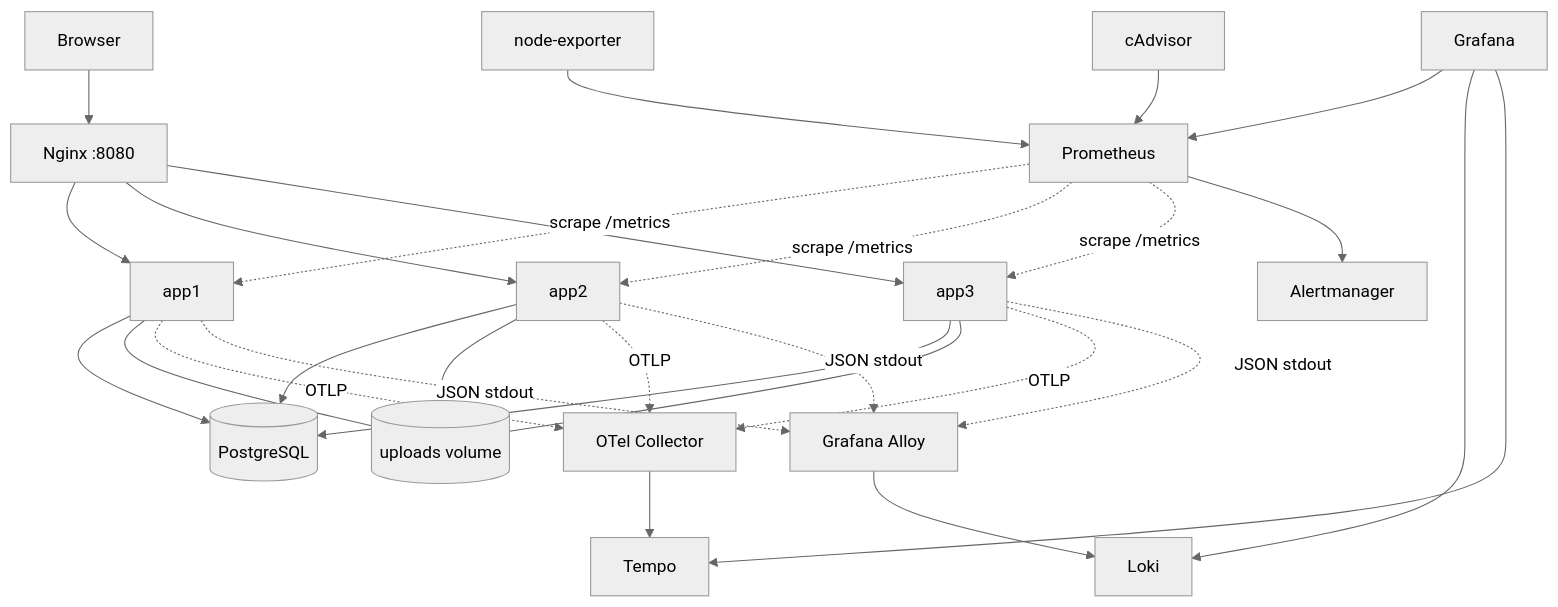
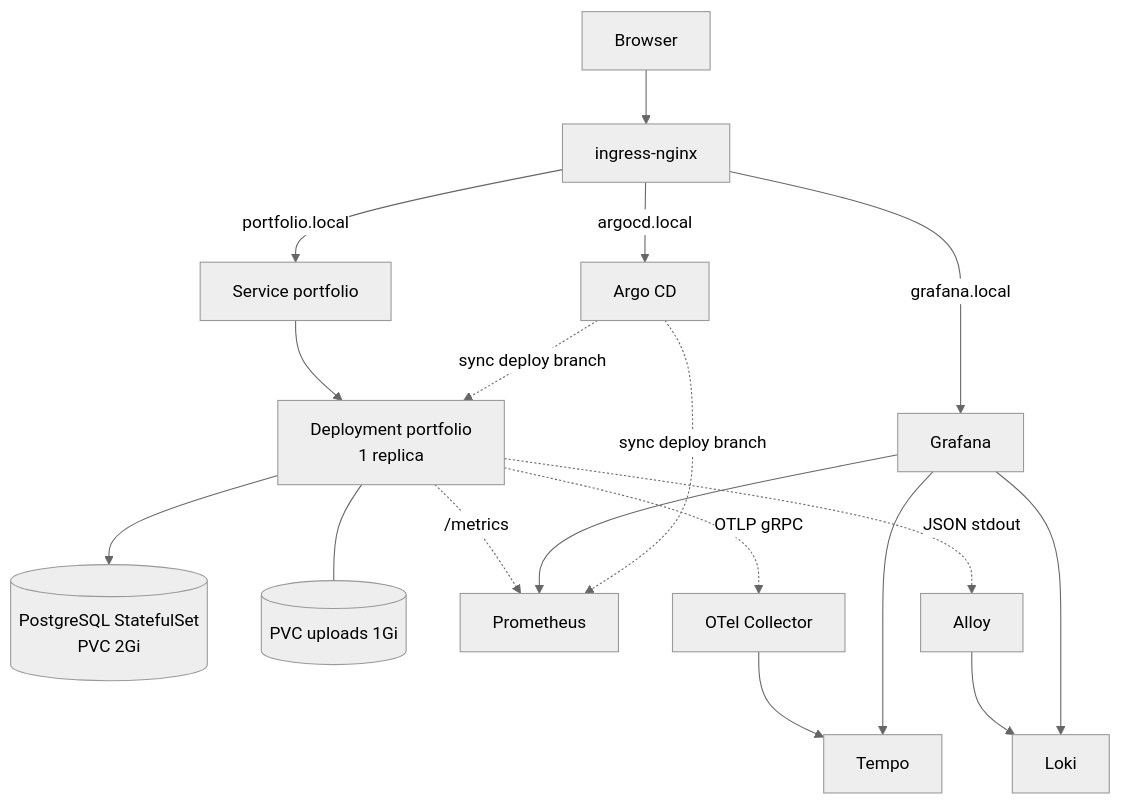
Before and after one commit to zetasuna/portfolio: the first of 2 diagrams in readme.md, drawn with Mermaid (neutral theme). The commit also changed other lines of this file, not shown here.

````diff
--- a/readme.md
+++ b/readme.md
@@ -25,30 +143,23 @@
 ```mermaid
 flowchart TB
-  B[Browser] --> N[Nginx :8080]
-  N --> A1[app1]
-  N --> A2[app2]
-  N --> A3[app3]
-  A1 --> PG[(PostgreSQL)]
-  A2 --> PG
-  A3 --> PG
-  A1 --- U[(uploads volume)]
-  A2 --- U
-  A3 --- U
-  P[Prometheus] -. scrape /metrics .-> A1
-  P -. scrape /metrics .-> A2
-  P -. scrape /metrics .-> A3
-  A1 -. OTLP .-> O[OTel Collector]
-  A2 -. OTLP .-> O
-  A3 -. OTLP .-> O
-  O --> T[Tempo]
-  A1 -. JSON stdout .-> AL[Grafana Alloy]
-  A2 -. JSON stdout .-> AL
-  A3 -. JSON stdout .-> AL
+  B[Browser] --> I[ingress-nginx]
+
+  I -->|portfolio.local| S[Service portfolio]
+  S --> D[Deployment portfolio<br/>1 replica]
+  D --> PG[(PostgreSQL StatefulSet<br/>PVC 2Gi)]
+  D --- U[(PVC uploads 1Gi)]
+
+  D -. /metrics .-> P[Prometheus]
+  D -. OTLP gRPC .-> OC[OTel Collector]
+  OC --> T[Tempo]
+  D -. JSON stdout .-> AL[Alloy]
   AL --> L[Loki]
   G[Grafana] --> P
   G --> L
   G --> T
-  P --> AM[Alertmanager]
-  NE[node-exporter] --> P
-  CA[cAdvisor] --> P
+
+  I -->|grafana.local| G
+  I -->|argocd.local| AR[Argo CD]
+  AR -. sync deploy branch .-> D
+  AR -. sync deploy branch .-> P
 ```
````
